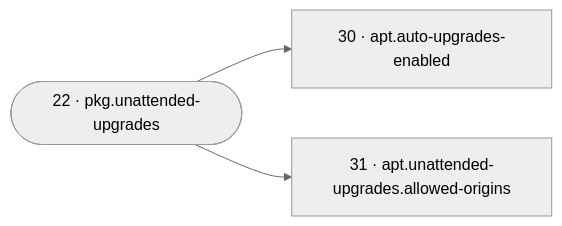
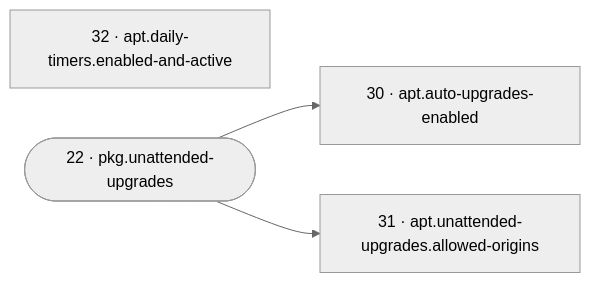
The sixth of 21 diagrams in reference/reconcile-dag.md (SixFive7/FrameLink), drawn with Mermaid (neutral theme) before and after one commit. The commit also changed other lines of this file and 5 other files, not shown here.

````diff
--- a/reference/reconcile-dag.md
+++ b/reference/reconcile-dag.md
@@ -273,8 +274,9 @@
 ```mermaid
 flowchart LR
   r30["30 · apt.auto-upgrades-enabled"]
   r31["31 · apt.unattended-upgrades.allowed-origins"]
+  r32["32 · apt.daily-timers.enabled-and-active"]
   r22(["22 · pkg.unattended-upgrades"])
   r22 --> r30
   r22 --> r31
 ```
````
